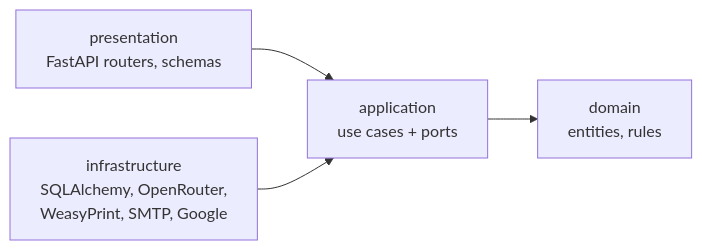
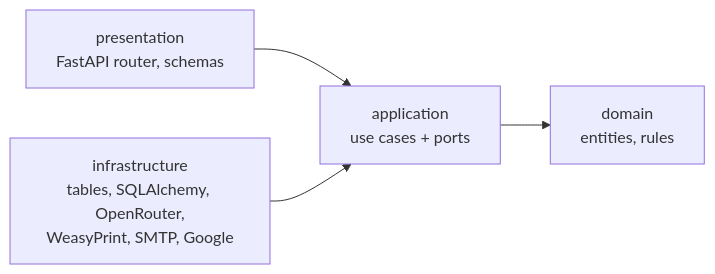
Before and after one commit to loaiattar/Novoya: the second of 3 diagrams in docs/ARCHITECTURE.md, drawn with Mermaid. The commit also changed other lines of this file, not shown here.

Commit message:
Architecture: backend is a modular monolith with Clean Architecture

````diff
--- a/docs/ARCHITECTURE.md
+++ b/docs/ARCHITECTURE.md
@@ -77,6 +88,6 @@
 ```mermaid
 flowchart LR
-  P[presentation<br/>FastAPI routers, schemas] --> A
-  I[infrastructure<br/>SQLAlchemy, OpenRouter,<br/>WeasyPrint, SMTP, Google] --> A
+  P[presentation<br/>FastAPI router, schemas] --> A
+  I[infrastructure<br/>tables, SQLAlchemy, OpenRouter,<br/>WeasyPrint, SMTP, Google] --> A
   A[application<br/>use cases + ports] --> D[domain<br/>entities, rules]
 ```
````
